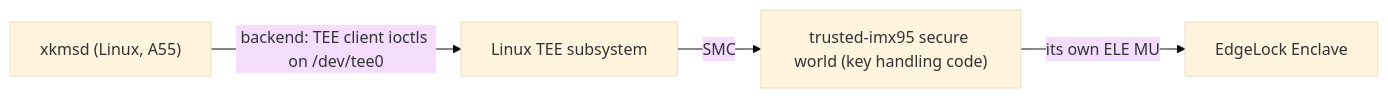
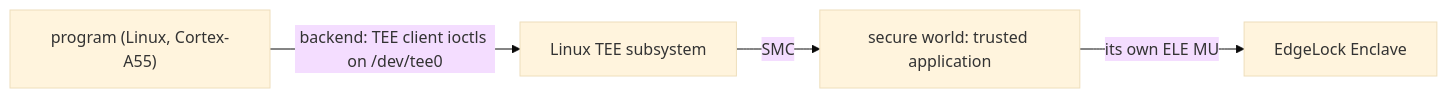
Before and after one commit to jeremyhahn/go-enclave: the first of 2 diagrams in docs/backends/imx-edgelock-enclave.md, drawn with Mermaid (base theme). The commit also changed other lines of this file and 85 other files, not shown here.

````diff
--- a/docs/backends/imx-edgelock-enclave.md
+++ b/docs/backends/imx-edgelock-enclave.md
@@ -60,6 +59,6 @@
 ```mermaid
 flowchart LR
-  xkmsd["xkmsd (Linux, A55)"] -->|"backend: TEE client ioctls on /dev/tee0"| tee[Linux TEE subsystem]
-  tee -->|SMC| sw["trusted-imx95 secure world (key handling code)"]
+  app["program (Linux, Cortex-A55)"] -->|"backend: TEE client ioctls on /dev/tee0"| tee[Linux TEE subsystem]
+  tee -->|SMC| sw["secure world: trusted application"]
   sw -->|"its own ELE MU"| ele[EdgeLock Enclave]
 ```
````
